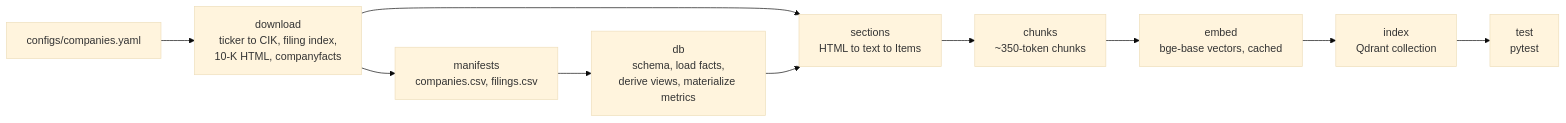
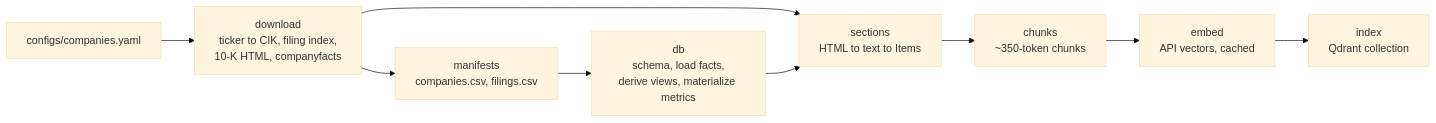
One commit to iamnitishsah/S.E.C.T.R.A changed the second of 2 diagrams in README.md. Above: the diagram before and after it, drawn with Mermaid (base theme). The commit also changed other lines of this file and 46 other files, not shown here.

````diff
--- a/README.md
+++ b/README.md
@@ -184,12 +180,11 @@
 ```mermaid
 flowchart LR
     A["configs/companies.yaml"] --> B["download<br/>ticker to CIK, filing index,<br/>10-K HTML, companyfacts"]
     B --> M["manifests<br/>companies.csv, filings.csv"]
     M --> C["db<br/>schema, load facts,<br/>derive views, materialize metrics"]
     B --> D["sections<br/>HTML to text to Items"]
     C --> D
     D --> E["chunks<br/>~350-token chunks"]
-    E --> F["embed<br/>bge-base vectors, cached"]
+    E --> F["embed<br/>API vectors, cached"]
     F --> G["index<br/>Qdrant collection"]
-    G --> H["test<br/>pytest"]
 ```
````
